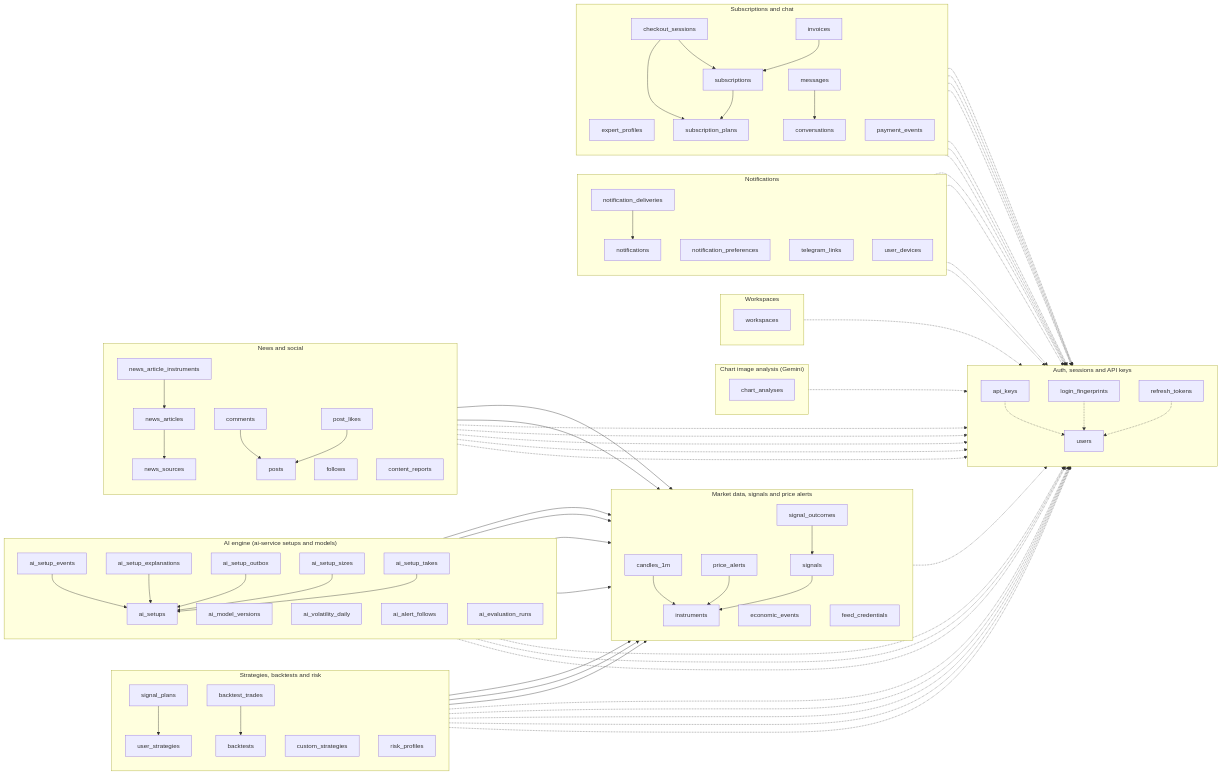
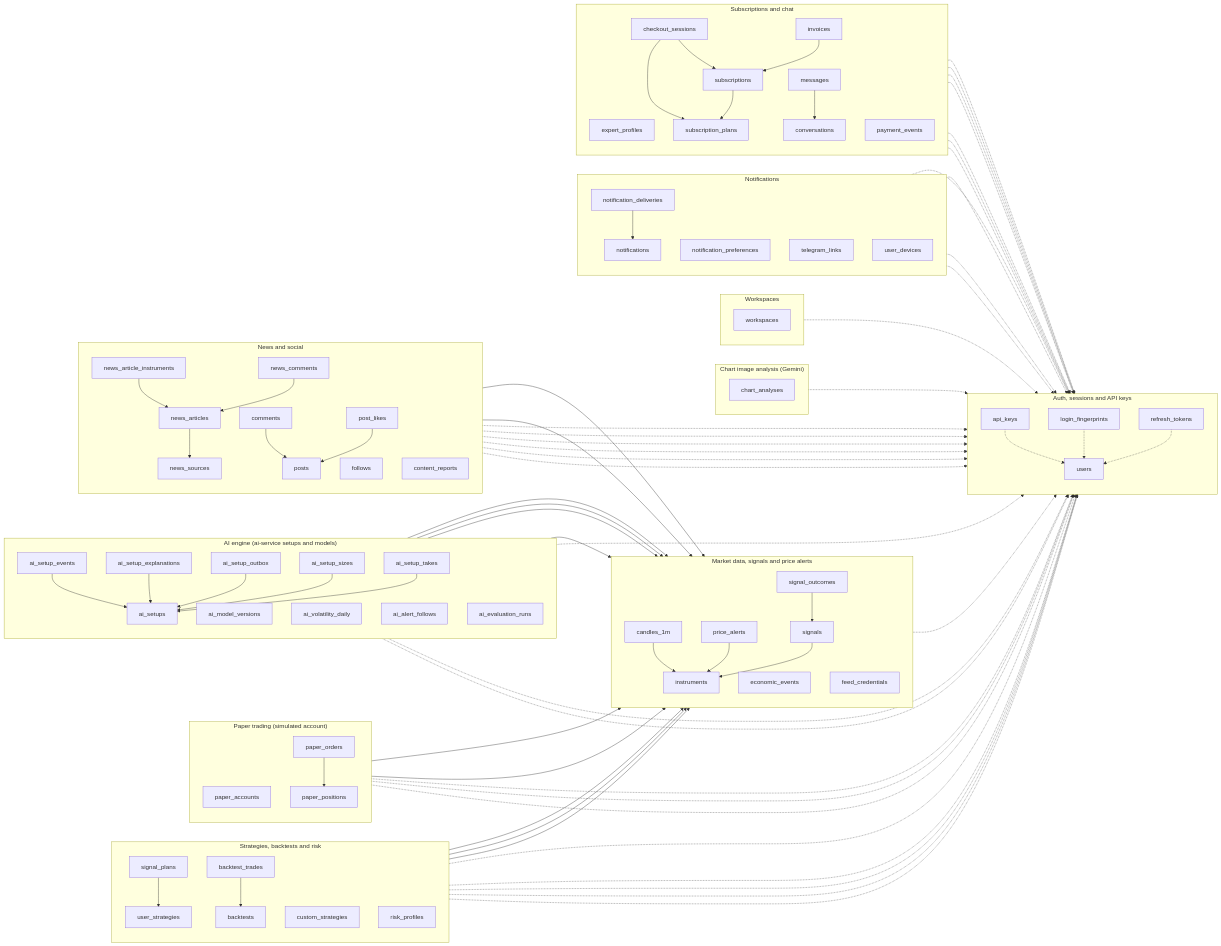
The diagram in docs/erd/mmd/overview.mmd (yazan-alsamman/ai-trading-analysis-system), drawn with Mermaid before and after one commit. The commit also changed 48 other files, not shown here.

First line of the commit message:
feat: news comments, AI chat, paper trading + portfolio, FCM secrets in deploy (#86)

```diff
--- a/docs/erd/mmd/overview.mmd
+++ b/docs/erd/mmd/overview.mmd
@@ -1,138 +1,153 @@
 flowchart LR
     subgraph domain_auth["Auth, sessions and API keys"]
         direction TB
         users[users]
         refresh_tokens[refresh_tokens]
         api_keys[api_keys]
         login_fingerprints[login_fingerprints]
     end
     subgraph domain_market["Market data, signals and price alerts"]
         direction TB
         instruments[instruments]
         candles_1m[candles_1m]
         signals[signals]
         signal_outcomes[signal_outcomes]
         price_alerts[price_alerts]
         economic_events[economic_events]
         feed_credentials[feed_credentials]
     end
     subgraph domain_strategies["Strategies, backtests and risk"]
         direction TB
         user_strategies[user_strategies]
         custom_strategies[custom_strategies]
         backtests[backtests]
         backtest_trades[backtest_trades]
         risk_profiles[risk_profiles]
         signal_plans[signal_plans]
+    end
+    subgraph domain_paper["Paper trading (simulated account)"]
+        direction TB
+        paper_accounts[paper_accounts]
+        paper_orders[paper_orders]
+        paper_positions[paper_positions]
     end
     subgraph domain_ai["AI engine (ai-service setups and models)"]
         direction TB
         ai_setups[ai_setups]
         ai_setup_events[ai_setup_events]
         ai_model_versions[ai_model_versions]
         ai_setup_sizes[ai_setup_sizes]
         ai_setup_takes[ai_setup_takes]
         ai_setup_explanations[ai_setup_explanations]
         ai_setup_outbox[ai_setup_outbox]
         ai_volatility_daily[ai_volatility_daily]
         ai_alert_follows[ai_alert_follows]
         ai_evaluation_runs[ai_evaluation_runs]
     end
     subgraph domain_vision["Chart image analysis (Gemini)"]
         direction TB
         chart_analyses[chart_analyses]
     end
     subgraph domain_workspaces["Workspaces"]
         direction TB
         workspaces[workspaces]
     end
     subgraph domain_notifications["Notifications"]
         direction TB
         notifications[notifications]
         notification_deliveries[notification_deliveries]
         notification_preferences[notification_preferences]
         telegram_links[telegram_links]
         user_devices[user_devices]
     end
     subgraph domain_social["News and social"]
         direction TB
         news_sources[news_sources]
         news_articles[news_articles]
         news_article_instruments[news_article_instruments]
+        news_comments[news_comments]
         posts[posts]
         comments[comments]
         post_likes[post_likes]
         follows[follows]
         content_reports[content_reports]
     end
     subgraph domain_subscriptions["Subscriptions and chat"]
         direction TB
         expert_profiles[expert_profiles]
         subscription_plans[subscription_plans]
         subscriptions[subscriptions]
         invoices[invoices]
         checkout_sessions[checkout_sessions]
         payment_events[payment_events]
         conversations[conversations]
         messages[messages]
     end
     ai_alert_follows --> instruments
     ai_alert_follows -.-> users
     ai_evaluation_runs --> instruments
     ai_setup_events --> ai_setups
     ai_setup_explanations --> ai_setups
     ai_setup_outbox --> ai_setups
     ai_setup_sizes --> ai_setups
     ai_setup_sizes -.-> users
     ai_setup_takes --> ai_setups
     ai_setup_takes -.-> users
     ai_setups --> instruments
     ai_volatility_daily --> instruments
     api_keys -.-> users
     backtest_trades --> backtests
     backtests --> instruments
     backtests -.-> users
     candles_1m --> instruments
     chart_analyses -.-> users
     checkout_sessions --> subscription_plans
     checkout_sessions --> subscriptions
     checkout_sessions -.-> users
     comments --> posts
     comments -.-> users
     content_reports -.-> users
     conversations -.-> users
     custom_strategies -.-> users
     expert_profiles -.-> users
     follows -.-> users
     invoices --> subscriptions
     invoices -.-> users
     login_fingerprints -.-> users
     messages --> conversations
     messages -.-> users
     news_article_instruments --> instruments
     news_article_instruments --> news_articles
     news_articles --> news_sources
+    news_comments --> news_articles
+    news_comments -.-> users
     notification_deliveries --> notifications
     notification_preferences -.-> users
     notifications -.-> users
+    paper_accounts -.-> users
+    paper_orders --> instruments
+    paper_orders --> paper_positions
+    paper_orders -.-> users
+    paper_positions --> instruments
+    paper_positions -.-> users
     post_likes --> posts
     post_likes -.-> users
     posts --> instruments
     posts -.-> users
     price_alerts --> instruments
     price_alerts -.-> users
     refresh_tokens -.-> users
     risk_profiles -.-> users
     signal_outcomes --> signals
     signal_plans --> signals
     signal_plans --> user_strategies
     signal_plans -.-> users
     signals --> instruments
     subscription_plans -.-> users
     subscriptions --> subscription_plans
     subscriptions -.-> users
     telegram_links -.-> users
     user_devices -.-> users
     user_strategies --> instruments
     user_strategies -.-> users
     workspaces -.-> users
```
